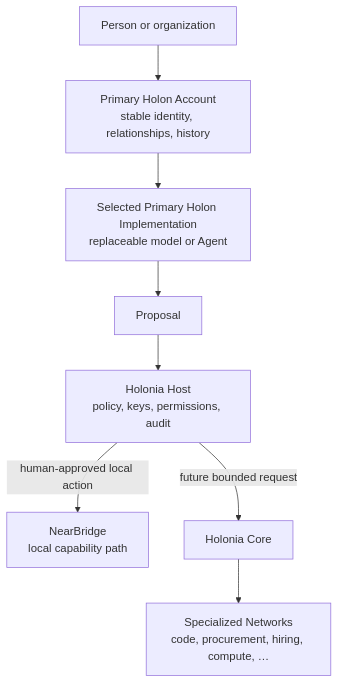
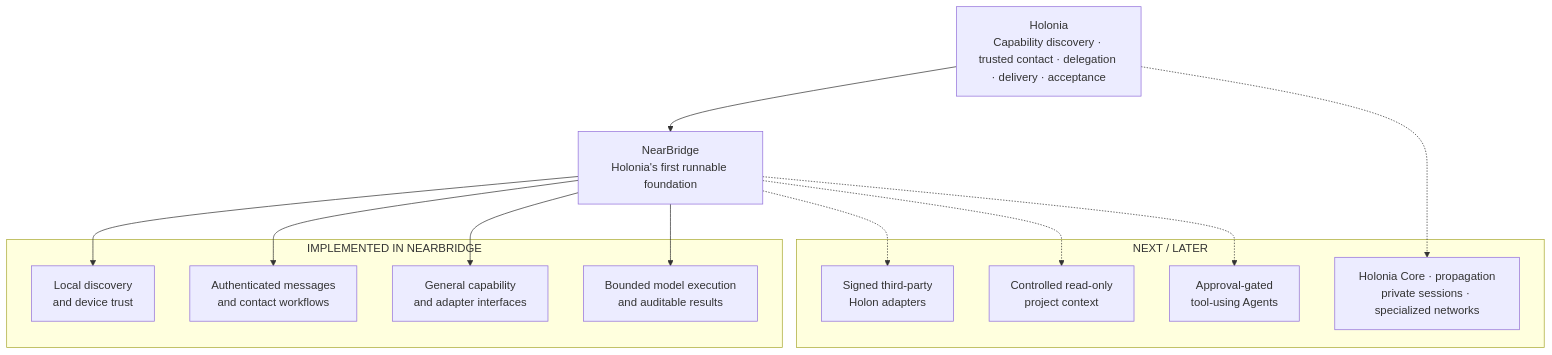
One commit to YizeSun/holonia changed the first of 2 diagrams in README.md. Above: the diagram before and after it, drawn with Mermaid. The commit also changed other lines of this file and 1 other file, not shown here.

Commit message:
Clarify Holonia and NearBridge architecture

````diff
--- a/README.md
+++ b/README.md
@@ -63,10 +69,30 @@
 ```mermaid
 flowchart TD
-    Person["Person or organization"] --> Account["Primary Holon Account<br/>stable identity, relationships, history"]
-    Account --> Impl["Selected Primary Holon Implementation<br/>replaceable model or Agent"]
-    Impl --> Proposal["Proposal"]
-    Proposal --> Host["Holonia Host<br/>policy, keys, permissions, audit"]
-    Host -->|"human-approved local action"| NearBridge["NearBridge<br/>local capability path"]
-    Host -->|"future bounded request"| Core["Holonia Core"]
-    Core --> Networks["Specialized Networks<br/>code, procurement, hiring, compute, …"]
+    Holonia["Holonia<br/>Capability discovery · trusted contact · delegation · delivery · acceptance"]
+    NearBridge["NearBridge<br/>Holonia's first runnable foundation"]
+    Holonia --> NearBridge
+
+    subgraph Implemented["IMPLEMENTED IN NEARBRIDGE"]
+        Discovery["Local discovery<br/>and device trust"]
+        Messages["Authenticated messages<br/>and contact workflows"]
+        Interfaces["General capability<br/>and adapter interfaces"]
+        Results["Bounded model execution<br/>and auditable results"]
+    end
+
+    NearBridge --> Discovery
+    NearBridge --> Messages
+    NearBridge --> Interfaces
+    NearBridge --> Results
+
+    subgraph Future["NEXT / LATER"]
+        ThirdParty["Signed third-party<br/>Holon adapters"]
+        Context["Controlled read-only<br/>project context"]
+        Agents["Approval-gated<br/>tool-using Agents"]
+        Core["Holonia Core · propagation<br/>private sessions · specialized networks"]
+    end
+
+    NearBridge -.-> ThirdParty
+    NearBridge -.-> Context
+    NearBridge -.-> Agents
+    Holonia -.-> Core
 ```
````
